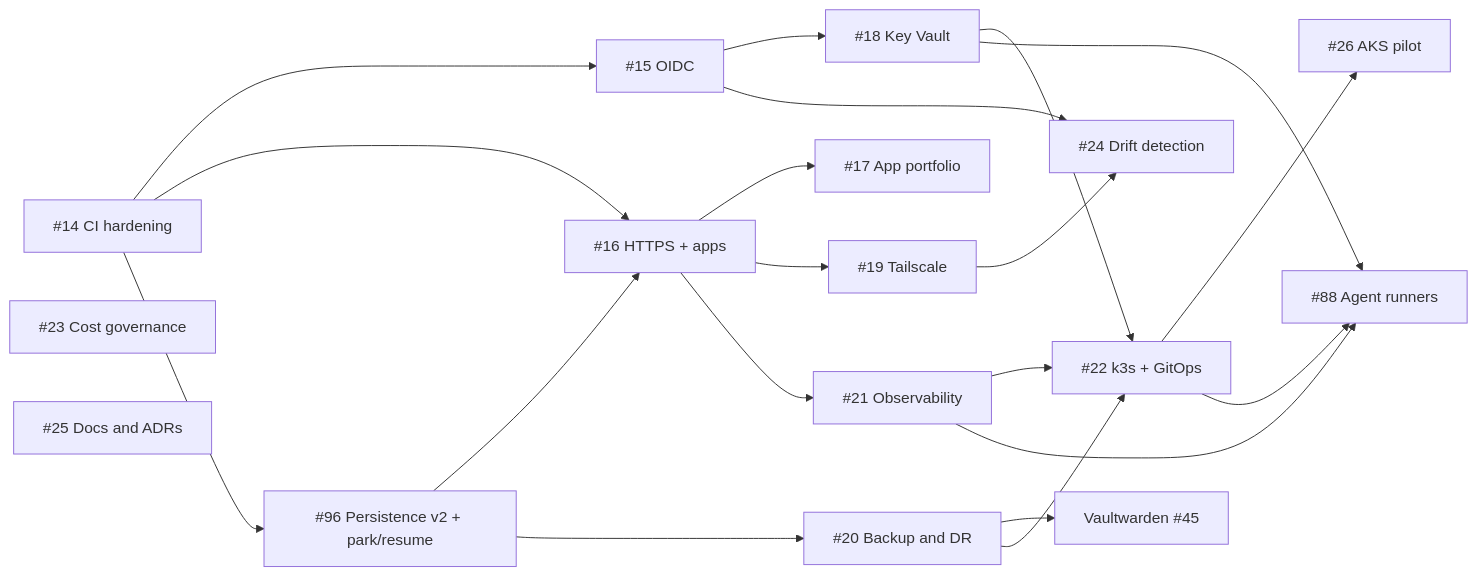
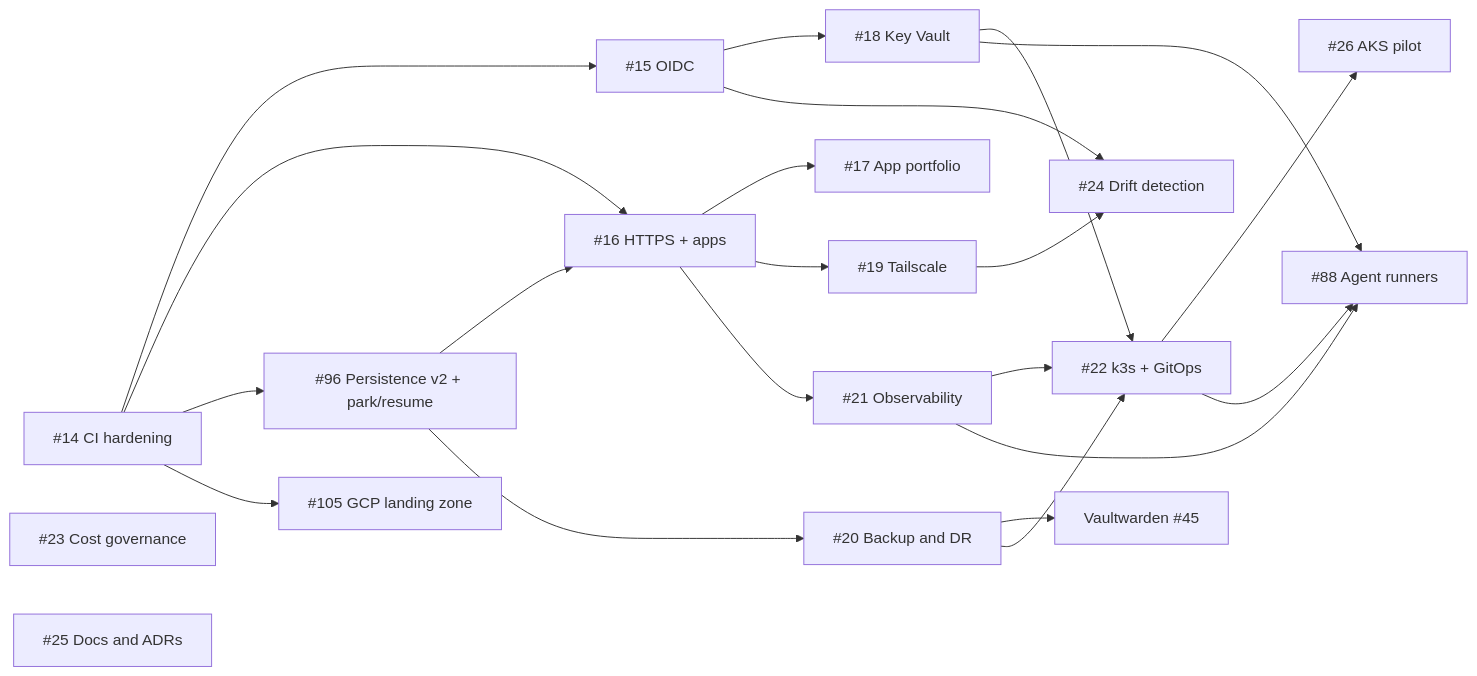
One commit to 114snehasish/homelab-azure-public changed the diagram in docs/roadmap.md. Above: the diagram before and after it, drawn with Mermaid. The commit also changed other lines of this file, not shown here.

First line of the commit message:
docs: add E16 GCP landing zone epic — multi-cloud replica of the Azure stack

````diff
--- a/docs/roadmap.md
+++ b/docs/roadmap.md
@@ -54,24 +57,25 @@
 ```mermaid
 graph LR
   E01[#14 CI hardening] --> E02[#15 OIDC]
   E01 --> E03[#16 HTTPS + apps]
   E02 --> E05[#18 Key Vault]
   E03 --> E04[#17 App portfolio]
   E03 --> E06[#19 Tailscale]
   E03 --> E08[#21 Observability]
   E05 --> E09[#22 k3s + GitOps]
   E07[#20 Backup and DR] --> E04v[Vaultwarden #45]
   E07 --> E09
   E08 --> E09
   E02 --> E11[#24 Drift detection]
   E06 --> E11
   E09 --> E13[#26 AKS pilot]
   E09 --> E14[#88 Agent runners]
   E05 --> E14
   E08 --> E14
   E01 --> E15[#96 Persistence v2 + park/resume]
   E15 --> E03
   E15 --> E07
+  E01 --> E16[#105 GCP landing zone]
   E10[#23 Cost governance]
   E12[#25 Docs and ADRs]
 ```
````
